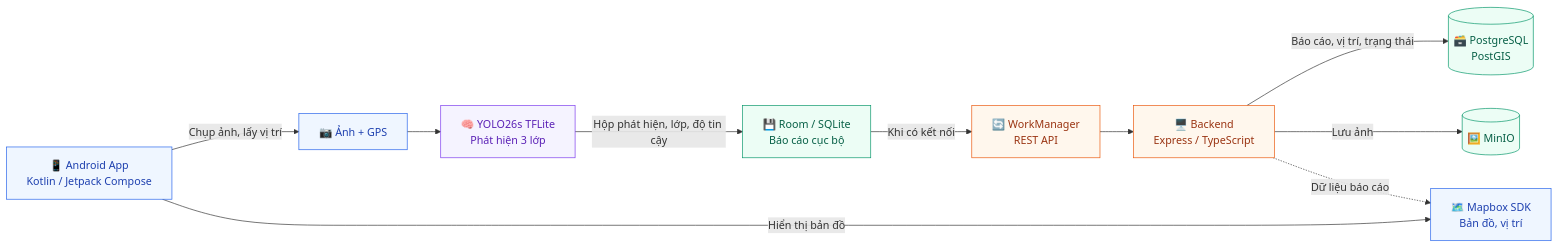
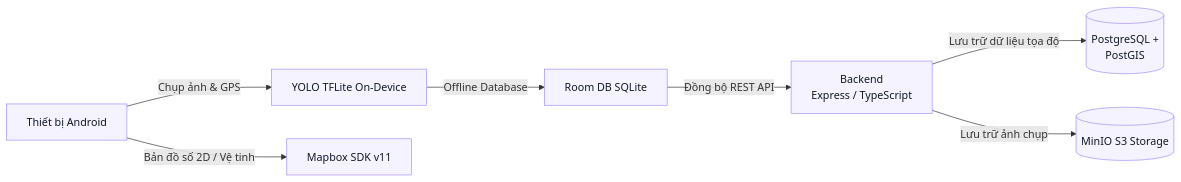
One commit to tamvu20044-boop/Road-Damage-Management-System changed the diagram in app/README.md. Above: the diagram before and after it, drawn with Mermaid. The commit also changed other lines of this file and 1 other file, not shown here.

Commit message:
Update README documentation

````diff
--- a/app/README.md
+++ b/app/README.md
@@ -14,31 +33,22 @@
 ```mermaid
 flowchart LR
-    Phone["📱 Android App<br/>Kotlin / Jetpack Compose"]
-    Camera["📷 Ảnh + GPS"]
-    Model["🧠 YOLO26s TFLite<br/>Phát hiện 3 lớp"]
-    Local["💾 Room / SQLite<br/>Báo cáo cục bộ"]
-    Sync["🔄 WorkManager<br/>REST API"]
-    Server["🖥️ Backend<br/>Express / TypeScript"]
-    DB[("🗃️ PostgreSQL<br/>PostGIS")]
-    Store[("🖼️ MinIO")]
-    Map["🗺️ Mapbox SDK<br/>Bản đồ, vị trí"]
+    A["Thiết bị Android"]
+    B["YOLO TFLite On-Device"]
+    C["Room DB SQLite"]
+    D["Backend<br/>Express / TypeScript"]
+    E[("PostgreSQL +<br/>PostGIS")]
+    F[("MinIO S3 Storage")]
+    G["Mapbox SDK v11"]
 
-    Phone -->|"Chụp ảnh, lấy vị trí"| Camera
-    Camera --> Model
-    Model -->|"Hộp phát hiện, lớp, độ tin cậy"| Local
-    Local -->|"Khi có kết nối"| Sync
-    Sync --> Server
-    Server -->|"Báo cáo, vị trí, trạng thái"| DB
-    Server -->|"Lưu ảnh"| Store
-    Phone -->|"Hiển thị bản đồ"| Map
-    Server -.->|"Dữ liệu báo cáo"| Map
+    A -->|"Chụp ảnh & GPS"| B
+    A -->|"Bản đồ số 2D / Vệ tinh"| G
+    B -->|"Offline Database"| C
+    C -->|"Đồng bộ REST API"| D
+    D -->|"Lưu trữ dữ liệu tọa độ"| E
+    D -->|"Lưu trữ ảnh chụp"| F
 
-    classDef mobile fill:#eff6ff,stroke:#2563eb,color:#1e40af;
-    classDef detect fill:#f5f3ff,stroke:#7c3aed,color:#5b21b6;
-    classDef data fill:#ecfdf5,stroke:#059669,color:#065f46;
-    classDef service fill:#fff7ed,stroke:#ea580c,color:#9a3412;
-    class Phone,Camera,Map mobile;
-    class Model detect;
-    class Local,DB,Store data;
-    class Sync,Server service;
+    classDef component fill:#f5f3ff,stroke:#a78bfa,color:#111827,stroke-width:1px;
+    classDef storage fill:#f5f3ff,stroke:#a78bfa,color:#111827,stroke-width:1px;
+    class A,B,C,D,G component;
+    class E,F storage;
 ```
````
